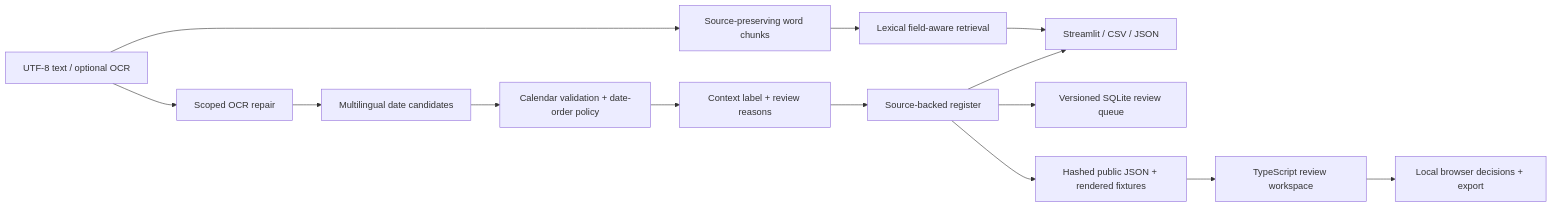
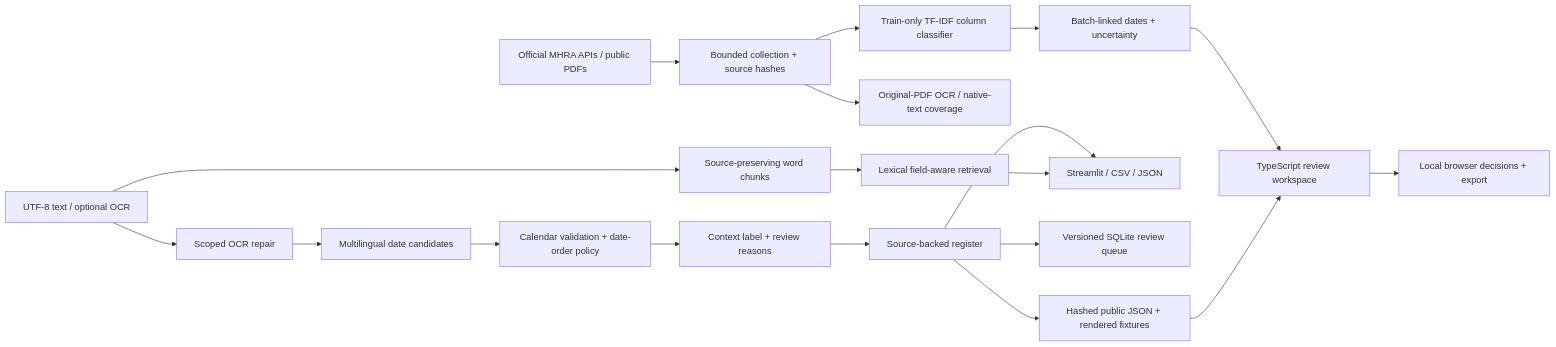
One commit to gitLamHoang/pharma-ocr-date-rag changed the diagram in README.md. Above: the diagram before and after it, drawn with Mermaid. The commit also changed other lines of this file and 35 other files, not shown here.

Commit message:
Train on public MHRA notices and publish batch-date evidence

````diff
--- a/README.md
+++ b/README.md
@@ -172,16 +199,21 @@
 ```mermaid
 flowchart LR
+    N[Official MHRA APIs / public PDFs] --> O[Bounded collection + source hashes]
+    O --> P[Train-only TF-IDF column classifier]
+    P --> Q[Batch-linked dates + uncertainty]
+    Q --> L
+    O --> R[Original-PDF OCR / native-text coverage]
     A[UTF-8 text / optional OCR] --> B[Scoped OCR repair]
     B --> C[Multilingual date candidates]
     C --> D[Calendar validation + date-order policy]
     D --> E[Context label + review reasons]
     E --> F[Source-backed register]
     F --> G[Streamlit / CSV / JSON]
     F --> J[Versioned SQLite review queue]
     F --> K[Hashed public JSON + rendered fixtures]
     K --> L[TypeScript review workspace]
     L --> M[Local browser decisions + export]
     A --> H[Source-preserving word chunks]
     H --> I[Lexical field-aware retrieval]
     I --> G
 ```
````
